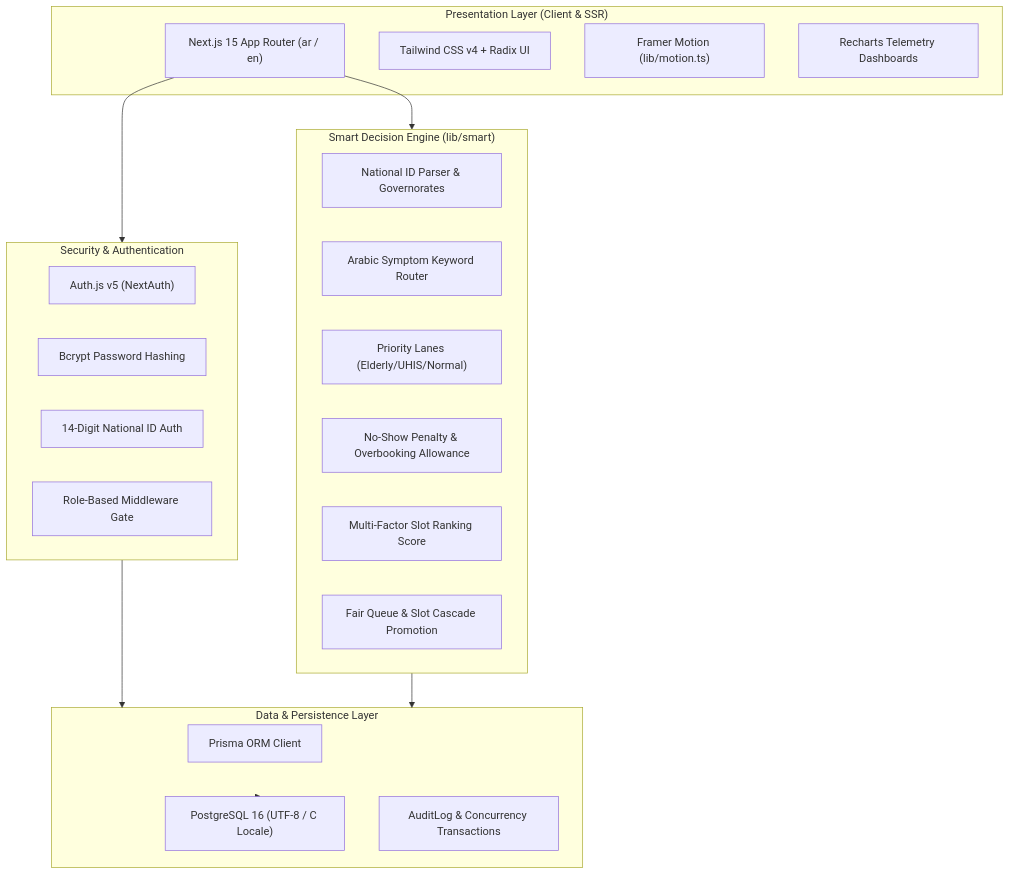
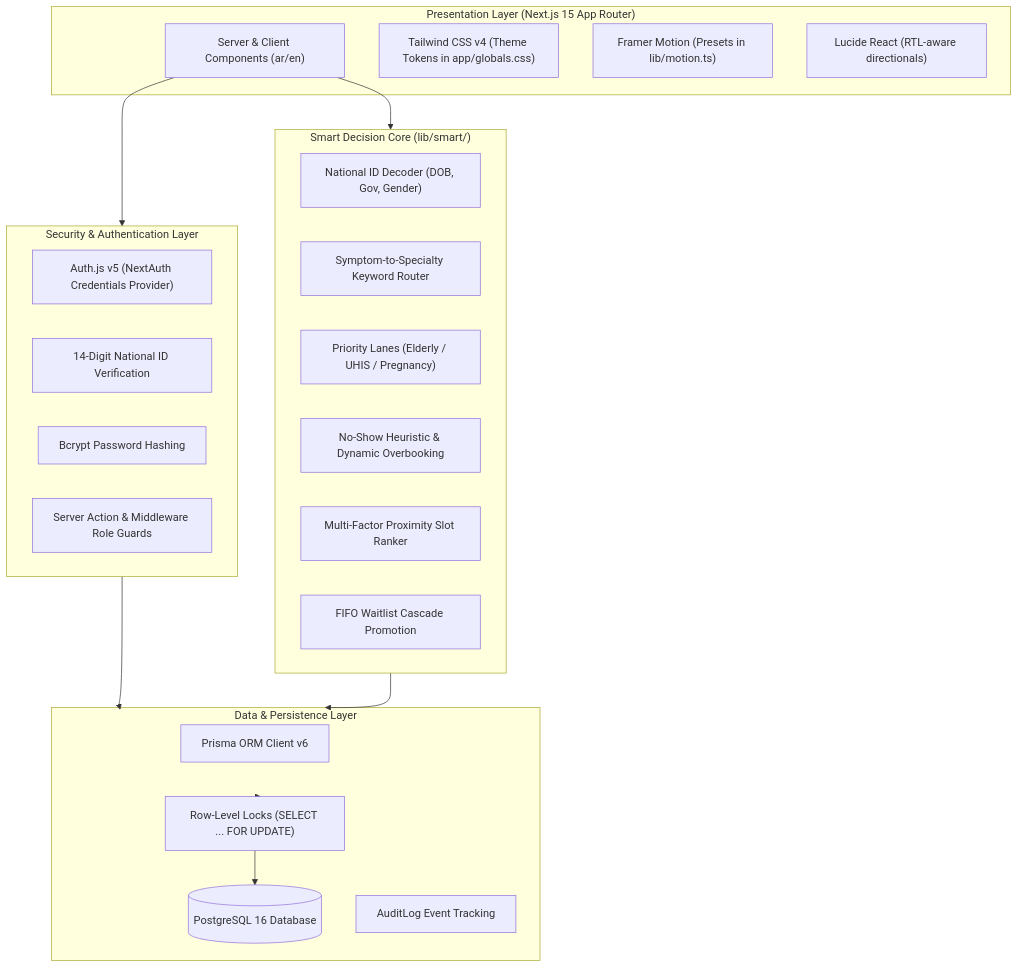
The first of 2 diagrams in README.md (mohammednagi/hospital_project), drawn with Mermaid before and after one commit. The commit also changed other lines of this file and 1 other file, not shown here.

````diff
--- a/README.md
+++ b/README.md
@@ -61,37 +107,38 @@
 ```mermaid
 flowchart TD
-    subgraph Client["Presentation Layer (Client & SSR)"]
-        UI["Next.js 15 App Router (ar / en)"]
-        Tailwind["Tailwind CSS v4 + Radix UI"]
-        Motion["Framer Motion (lib/motion.ts)"]
-        Recharts["Recharts Telemetry Dashboards"]
+    subgraph Client["Presentation Layer (Next.js 15 App Router)"]
+        UI["Server & Client Components (ar/en)"]
+        CSS["Tailwind CSS v4 (Theme Tokens in app/globals.css)"]
+        Motion["Framer Motion (Presets in lib/motion.ts)"]
+        Icons["Lucide React (RTL-aware directionals)"]
     end
 
-    subgraph AuthLayer["Security & Authentication"]
-        AuthJS["Auth.js v5 (NextAuth)"]
-        Bcrypt["Bcrypt Password Hashing"]
-        NatIDAuth["14-Digit National ID Auth"]
-        RBAC["Role-Based Middleware Gate"]
+    subgraph Security["Security & Authentication Layer"]
+        Auth["Auth.js v5 (NextAuth Credentials Provider)"]
+        NID["14-Digit National ID Verification"]
+        Hash["Bcrypt Password Hashing"]
+        RBAC["Server Action & Middleware Role Guards"]
     end
 
-    subgraph SmartCore["Smart Decision Engine (lib/smart)"]
-        NID["National ID Parser & Governorates"]
-        SpecRouter["Arabic Symptom Keyword Router"]
-        Lanes["Priority Lanes (Elderly/UHIS/Normal)"]
-        NoShow["No-Show Penalty & Overbooking Allowance"]
-        Ranking["Multi-Factor Slot Ranking Score"]
-        Waitlist["Fair Queue & Slot Cascade Promotion"]
+    subgraph SmartCore["Smart Decision Core (lib/smart/)"]
+        NIDParser["National ID Decoder (DOB, Gov, Gender)"]
+        Triage["Symptom-to-Specialty Keyword Router"]
+        Lanes["Priority Lanes (Elderly / UHIS / Pregnancy)"]
+        NoShow["No-Show Heuristic & Dynamic Overbooking"]
+        Ranker["Multi-Factor Proximity Slot Ranker"]
+        WaitEngine["FIFO Waitlist Cascade Promotion"]
     end
 
-    subgraph DataLayer["Data & Persistence Layer"]
-        Prisma["Prisma ORM Client"]
-        Postgres["PostgreSQL 16 (UTF-8 / C Locale)"]
-        Audit["AuditLog & Concurrency Transactions"]
+    subgraph Persistence["Data & Persistence Layer"]
+        Prisma["Prisma ORM Client v6"]
+        Postgres[("PostgreSQL 16 Database")]
+        Locks["Row-Level Locks (SELECT ... FOR UPDATE)"]
+        Audit["AuditLog Event Tracking"]
     end
 
-    UI --> AuthLayer
+    UI --> Security
     UI --> SmartCore
-    AuthLayer --> DataLayer
-    SmartCore --> DataLayer
-    DataLayer --> Postgres
+    Security --> Persistence
+    SmartCore --> Persistence
+    Persistence --> Locks --> Postgres
 ```
````
